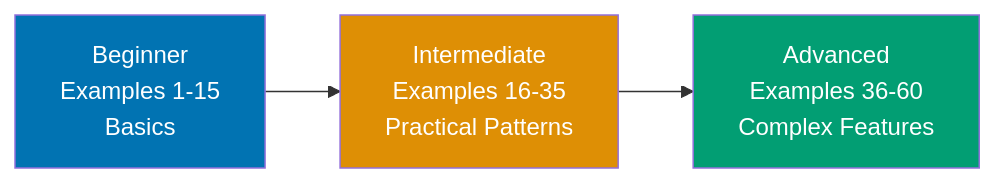
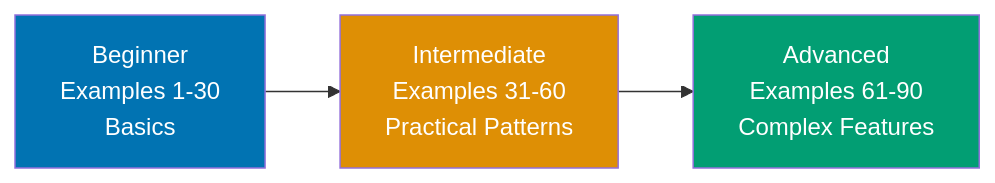
The diagram in apps/ayokoding-web/content/en/learn/software-engineering/programming-language/elixir/tutorials/by-example/overview.md (wahidyankf/open-sharia-enterprise), drawn with Mermaid before and after one commit. The commit also changed other lines of this file and 30 other files, not shown here.

````diff
--- a/apps/ayokoding-web/content/en/learn/software-engineering/programming-language/elixir/tutorials/by-example/overview.md
+++ b/apps/ayokoding-web/content/en/learn/software-engineering/programming-language/elixir/tutorials/by-example/overview.md
@@ -27,10 +27,10 @@
 ```mermaid
 %% Color Palette: Blue #0173B2, Orange #DE8F05, Teal #029E73, Purple #CC78BC, Brown #CA9161
 graph LR
-    A["Beginner<br/>Examples 1-15<br/>Basics"] --> B["Intermediate<br/>Examples 16-35<br/>Practical Patterns"]
-    B --> C["Advanced<br/>Examples 36-60<br/>Complex Features"]
+    A["Beginner<br/>Examples 1-30<br/>Basics"] --> B["Intermediate<br/>Examples 31-60<br/>Practical Patterns"]
+    B --> C["Advanced<br/>Examples 61-90<br/>Complex Features"]
 
     style A fill:#0173B2,color:#fff
     style B fill:#DE8F05,color:#fff
     style C fill:#029E73,color:#fff
 ```
````
